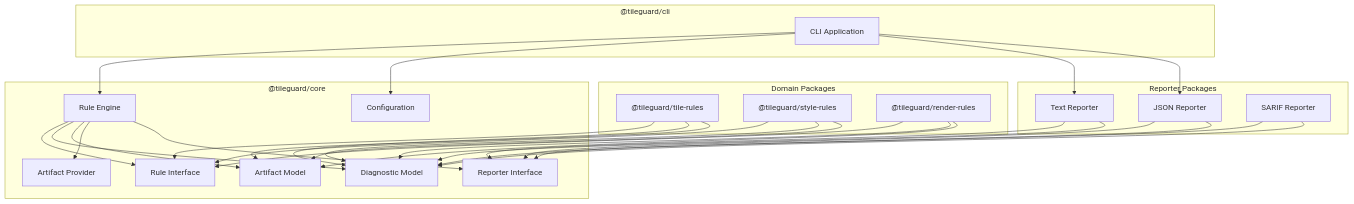
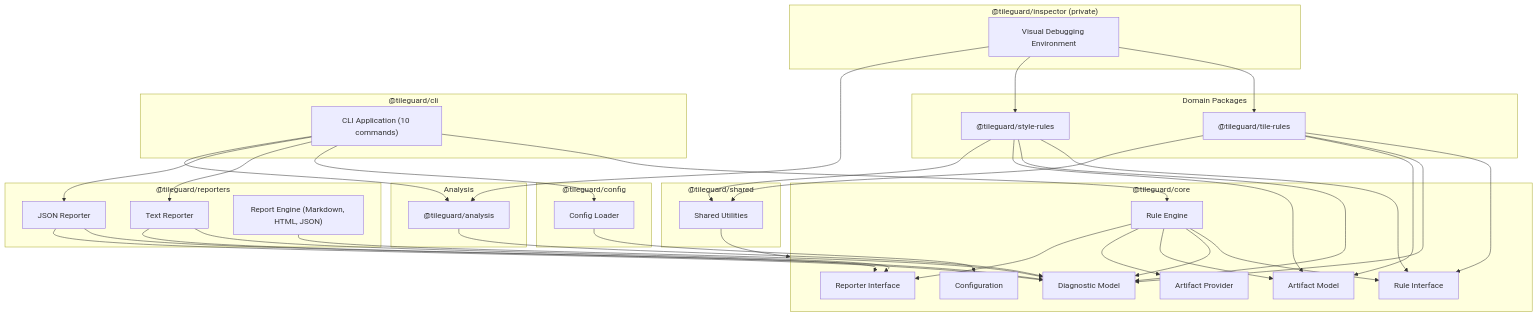
One commit to shreeharshshinde/tileguard changed the first of 2 diagrams in docs/architecture/01-overview.md. Above: the diagram before and after it, drawn with Mermaid. The commit also changed other lines of this file and 1 other file, not shown here.

Commit message:
docs: enhance architecture and package structure documentation with new components and clarifications

````diff
--- a/docs/architecture/01-overview.md
+++ b/docs/architecture/01-overview.md
@@ -92,58 +98,81 @@
 ```mermaid
 graph TD
     subgraph Core["@tileguard/core"]
         Diagnostic["Diagnostic Model"]
         Artifact["Artifact Model"]
         Rule["Rule Interface"]
         Reporter["Reporter Interface"]
         Config["Configuration"]
         Engine["Rule Engine"]
         Provider["Artifact Provider"]
     end
 
     subgraph DomainPkgs["Domain Packages"]
         TileRules["@tileguard/tile-rules"]
         StyleRules["@tileguard/style-rules"]
-        RenderRules["@tileguard/render-rules"]
     end
 
-    subgraph Reporters["Reporter Packages"]
+    subgraph AnalysisPkg["Analysis"]
+        Analysis["@tileguard/analysis"]
+    end
+
+    subgraph ReportersPkg["@tileguard/reporters"]
         TextReporter["Text Reporter"]
         JsonReporter["JSON Reporter"]
-        SarifReporter["SARIF Reporter"]
+        ReportEngine["Report Engine (Markdown, HTML, JSON)"]
+    end
+
+    subgraph ConfigPkg["@tileguard/config"]
+        ConfigLoader["Config Loader"]
+    end
+
+    subgraph SharedPkg["@tileguard/shared"]
+        Shared["Shared Utilities"]
     end
 
     subgraph CLI["@tileguard/cli"]
-        CLIApp["CLI Application"]
+        CLIApp["CLI Application (10 commands)"]
+    end
+
+    subgraph InspectorPkg["@tileguard/inspector (private)"]
+        Inspector["Visual Debugging Environment"]
     end
 
     CLIApp --> Engine
-    CLIApp --> Config
+    CLIApp --> ConfigLoader
     CLIApp --> TextReporter
     CLIApp --> JsonReporter
+    CLIApp --> Analysis
 
     TileRules --> Rule
     TileRules --> Diagnostic
     TileRules --> Artifact
+    TileRules --> Shared
 
     StyleRules --> Rule
     StyleRules --> Diagnostic
     StyleRules --> Artifact
+    StyleRules --> Shared
 
-    RenderRules --> Rule
-    RenderRules --> Diagnostic
-    RenderRules --> Artifact
+    Analysis --> Diagnostic
 
     TextReporter --> Reporter
     TextReporter --> Diagnostic
     JsonReporter --> Reporter
     JsonReporter --> Diagnostic
-    SarifReporter --> Reporter
-    SarifReporter --> Diagnostic
+    ReportEngine --> Diagnostic
+
+    ConfigLoader --> Config
+
+    Shared --> Core
+
+    Inspector --> TileRules
+    Inspector --> StyleRules
+    Inspector --> Analysis
 
     Engine --> Rule
     Engine --> Diagnostic
     Engine --> Artifact
     Engine --> Provider
     Engine --> Reporter
 ```
````
